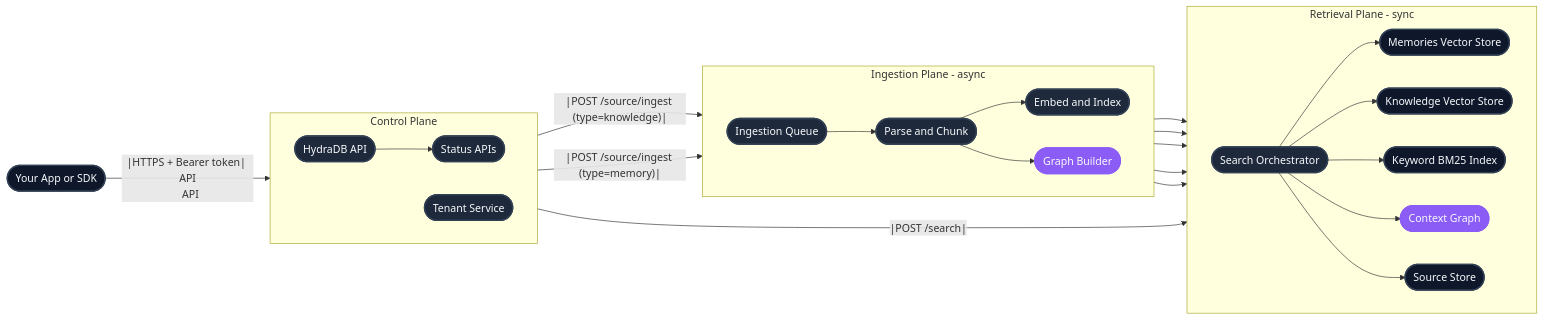
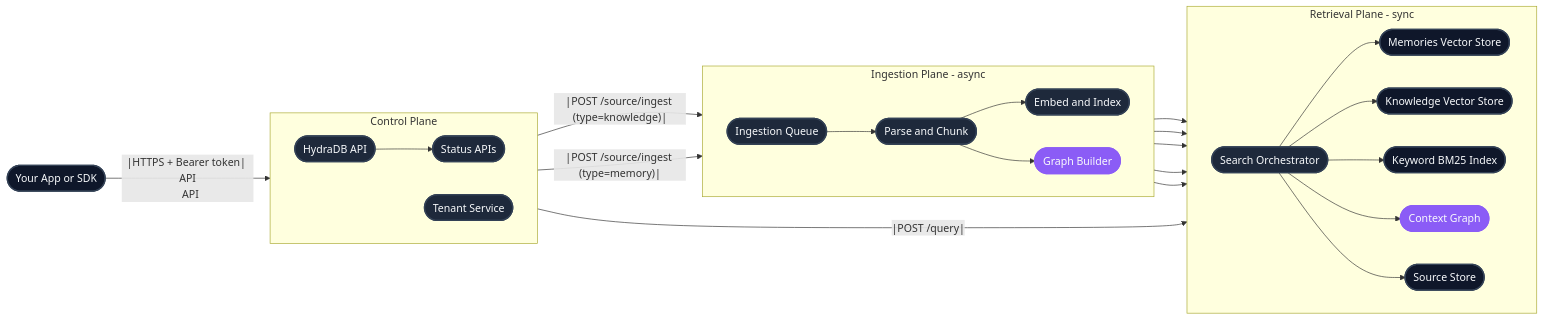
The first of 2 diagrams in essentials/v2/architecture.mdx (rupamghosh2006/mintlify-docs), drawn with Mermaid before and after one commit. The commit also changed other lines of this file and 38 other files, not shown here.

Commit message:
docs refactor search to query

````diff
--- a/essentials/v2/architecture.mdx
+++ b/essentials/v2/architecture.mdx
@@ -20,64 +20,64 @@
 ```mermaid
 flowchart LR
   Client([Your App or SDK])
   style Client fill:#0f172a,stroke:#334155,stroke-width:2px,color:#f8fafc,stroke-linecap:round
 
   subgraph Control[Control Plane]
     direction LR
     API([HydraDB API])
     Tenants([Tenant Service])
     Status([Status APIs])
     style API fill:#1e293b,stroke:#334155,stroke-width:2px,color:#f8fafc,stroke-linecap:round
     style Tenants fill:#1e293b,stroke:#334155,stroke-width:2px,color:#f8fafc,stroke-linecap:round
     style Status fill:#1e293b,stroke:#334155,stroke-width:2px,color:#f8fafc,stroke-linecap:round
   end
 
   subgraph Ingestion[Ingestion Plane - async]
     direction LR
     Queue([Ingestion Queue])
     Parser([Parse and Chunk])
     Embed([Embed and Index])
     Graph([Graph Builder])
     style Queue fill:#1e293b,stroke:#334155,stroke-width:2px,color:#f8fafc,stroke-linecap:round
     style Parser fill:#1e293b,stroke:#334155,stroke-width:2px,color:#f8fafc,stroke-linecap:round
     style Embed fill:#1e293b,stroke:#334155,stroke-width:2px,color:#f8fafc,stroke-linecap:round
     style Graph fill:#8b5cf6,stroke:#8b5cf6,stroke-width:2px,color:#f8fafc,stroke-linecap:round
   end
 
   subgraph Retrieval[Retrieval Plane - sync]
     direction LR
     Search([Search Orchestrator])
     MemVec([Memories Vector Store])
     KnowVec([Knowledge Vector Store])
     KeywordBM25([Keyword BM25 Index])
     ContextGraph([Context Graph])
     Sources([Source Store])
     style Search fill:#1e293b,stroke:#334155,stroke-width:2px,color:#f8fafc,stroke-linecap:round
     style MemVec fill:#0f172a,stroke:#334155,stroke-width:2px,color:#f8fafc,stroke-linecap:round
     style KnowVec fill:#0f172a,stroke:#334155,stroke-width:2px,color:#f8fafc,stroke-linecap:round
     style KeywordBM25 fill:#0f172a,stroke:#334155,stroke-width:2px,color:#f8fafc,stroke-linecap:round
     style ContextGraph fill:#8b5cf6,stroke:#8b5cf6,stroke-width:2px,color:#f8fafc,stroke-linecap:round
     style Sources fill:#0f172a,stroke:#334155,stroke-width:2px,color:#f8fafc,stroke-linecap:round
   end
 
   Client --|HTTPS + Bearer token| API
   API --> Tenants
   API --> Status
   API --|POST /source/ingest (type=knowledge)|--> Queue
   API --|POST /source/ingest (type=memory)|--> Queue
   Queue --> Parser
   Parser --> Sources
   Parser --> Embed
   Embed --> MemVec
   Embed --> KnowVec
   Embed --> KeywordBM25
   Parser --> Graph
   Graph --> ContextGraph
 
-  API --|POST /search|--> Search
+  API --|POST /query|--> Search
   Search --> MemVec
   Search --> KnowVec
   Search --> KeywordBM25
   Search --> ContextGraph
   Search --> Sources
 ```
````
